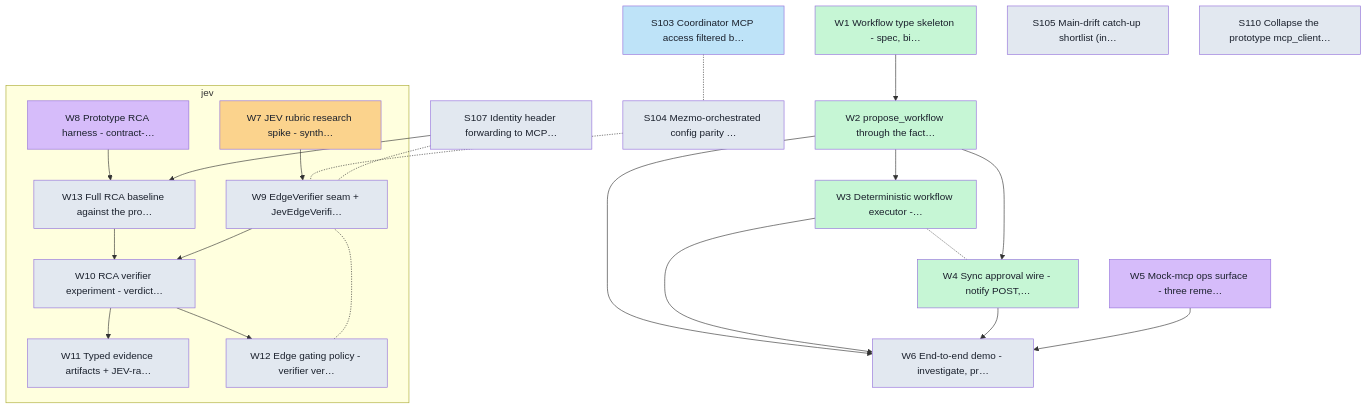
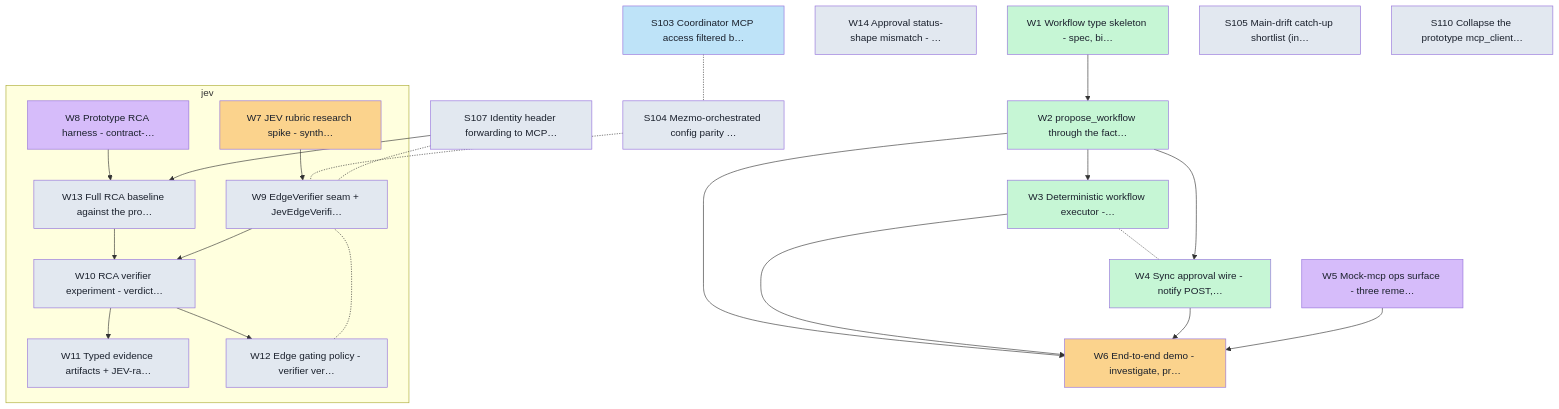
The diagram in docs/board/cards/graph.md (Shearerbeard/agent-driver-prototype), drawn with Mermaid before and after one commit. The commit also changed 5 other files, not shown here.

````diff
--- a/docs/board/cards/graph.md
+++ b/docs/board/cards/graph.md
@@ -8,47 +8,48 @@
 ```mermaid
 flowchart TD
   classDef backlog fill:#e2e8f0,color:#1a202c;
   classDef ready fill:#bee3f8,color:#1a202c;
   classDef inprogress fill:#fbd38d,color:#1a202c;
   classDef inreview fill:#d6bcfa,color:#1a202c;
   classDef done fill:#c6f6d5,color:#1a202c;
   subgraph lane_jev["jev"]
     W7["W7 JEV rubric research spike - synth…"]:::inprogress
     W8["W8 Prototype RCA harness - contract-…"]:::inreview
     W9["W9 EdgeVerifier seam + JevEdgeVerifi…"]:::backlog
     W10["W10 RCA verifier experiment - verdict…"]:::backlog
     W11["W11 Typed evidence artifacts + JEV-ra…"]:::backlog
     W12["W12 Edge gating policy - verifier ver…"]:::backlog
     W13["W13 Full RCA baseline against the pro…"]:::backlog
   end
   W1["W1 Workflow type skeleton - spec, bi…"]:::done
   W2["W2 propose_workflow through the fact…"]:::done
   W3["W3 Deterministic workflow executor -…"]:::done
   W4["W4 Sync approval wire - notify POST,…"]:::done
   W5["W5 Mock-mcp ops surface - three reme…"]:::inreview
-  W6["W6 End-to-end demo - investigate, pr…"]:::backlog
+  W6["W6 End-to-end demo - investigate, pr…"]:::inprogress
+  W14["W14 Approval status-shape mismatch - …"]:::backlog
   S103["S103 Coordinator MCP access filtered b…"]:::ready
   S104["S104 Mezmo-orchestrated config parity …"]:::backlog
   S105["S105 Main-drift catch-up shortlist (in…"]:::backlog
   S107["S107 Identity header forwarding to MCP…"]:::backlog
   S110["S110 Collapse the prototype mcp_client…"]:::backlog
   W1 --> W2
   W2 --> W3
   W3 -.- W4
   W2 --> W4
   W2 --> W6
   W3 --> W6
   W4 --> W6
   W5 --> W6
   W7 --> W9
   W13 --> W10
   W9 --> W10
   W10 --> W11
   W10 --> W12
   W12 -.- W9
   W8 --> W13
   S107 --> W13
   S103 -.- S104
   S104 -.- W9
   S107 -.- W9
 ```
````
